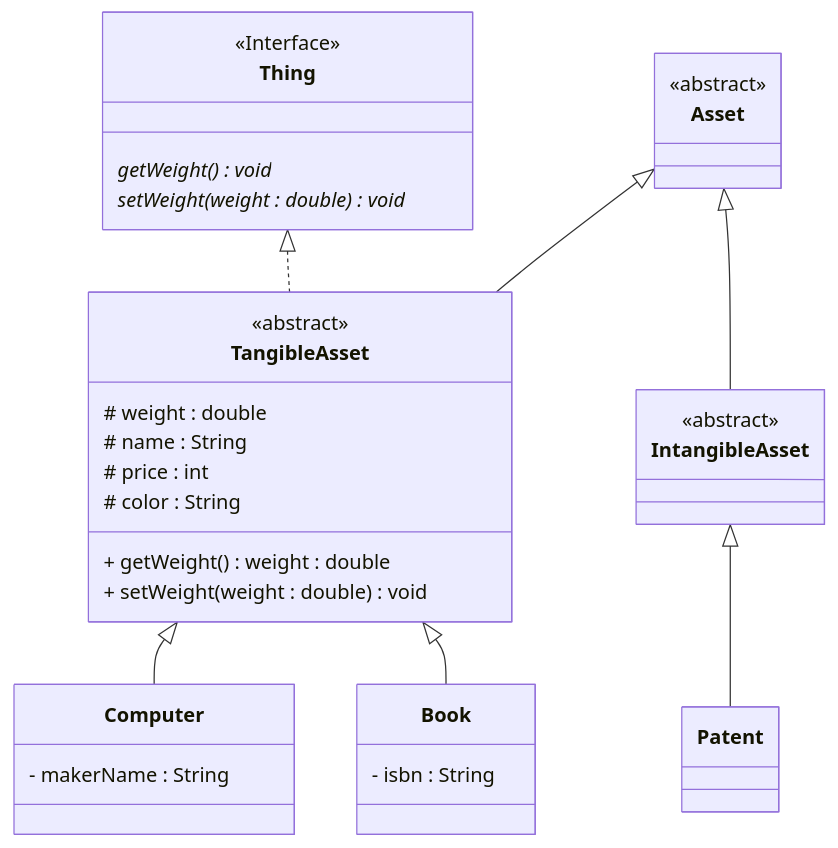
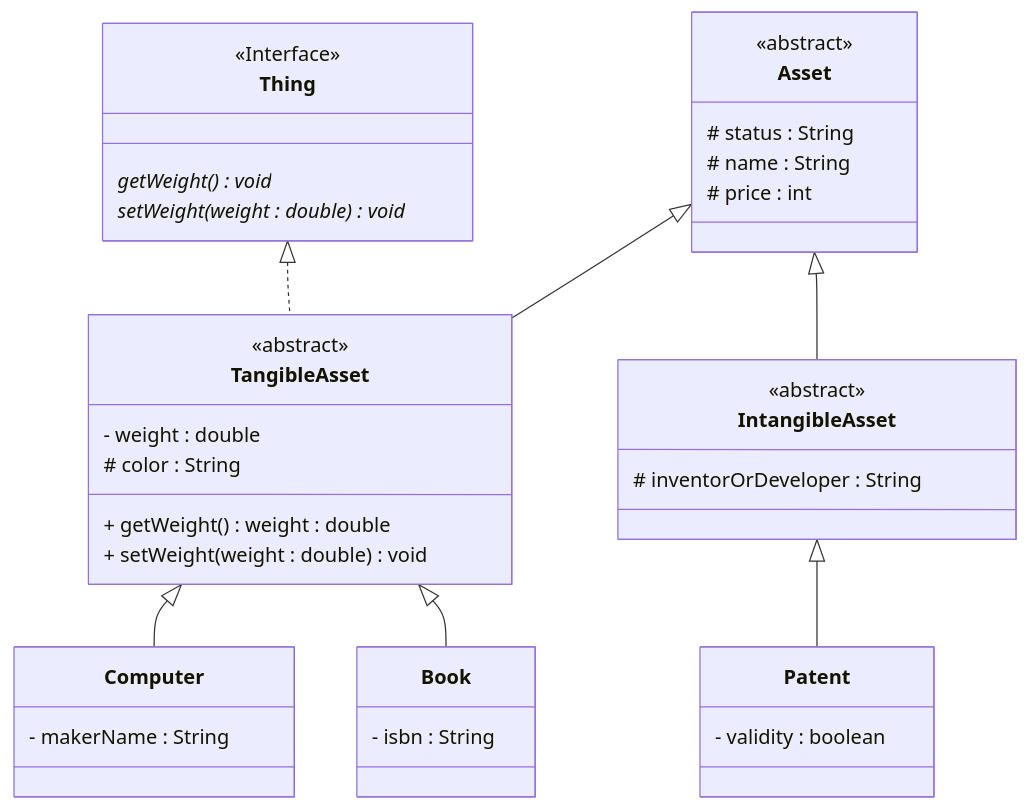
Before and after one commit to SurvivalCodingCampus/gangnam3-java-oop: the diagram in docs/Day08AssetDiagram.md, drawn with Mermaid. The commit also changed 2 other files, not shown here.

Commit message:
fix: 클래스 필드, 다이어그램 필드 수정

````diff
--- a/docs/Day08AssetDiagram.md
+++ b/docs/Day08AssetDiagram.md
@@ -1,52 +1,54 @@
 ```mermaid
 classDiagram
 
     class Asset {
         <<abstract>>
+        # status : String
+        # name : String
+        # price : int
     }
     
     class TangibleAsset {
         <<abstract>>
-        # weight : double
-        # name : String
-        # price : int
+        - weight : double
         # color : String
         
         + getWeight() weight : double 
         + setWeight(weight : double) void
     }
         
     class Computer {
         - makerName : String
     }
     
     class Book {
         - isbn : String
     }
     
     class IntangibleAsset {
         <<abstract>>
+        # inventorOrDeveloper : String
     }
     
     class Patent {
-        
+        - validity : boolean
     }
     
     class Thing {
         <<Interface>>
         getWeight() void *
         setWeight(weight : double) void *
     }
 
     Asset <|-- TangibleAsset
     Asset <|-- IntangibleAsset
     
     IntangibleAsset <|-- Patent
     
     TangibleAsset <|-- Computer 
     TangibleAsset <|-- Book 
     
     Thing <|.. TangibleAsset
     
 
 ```
````
